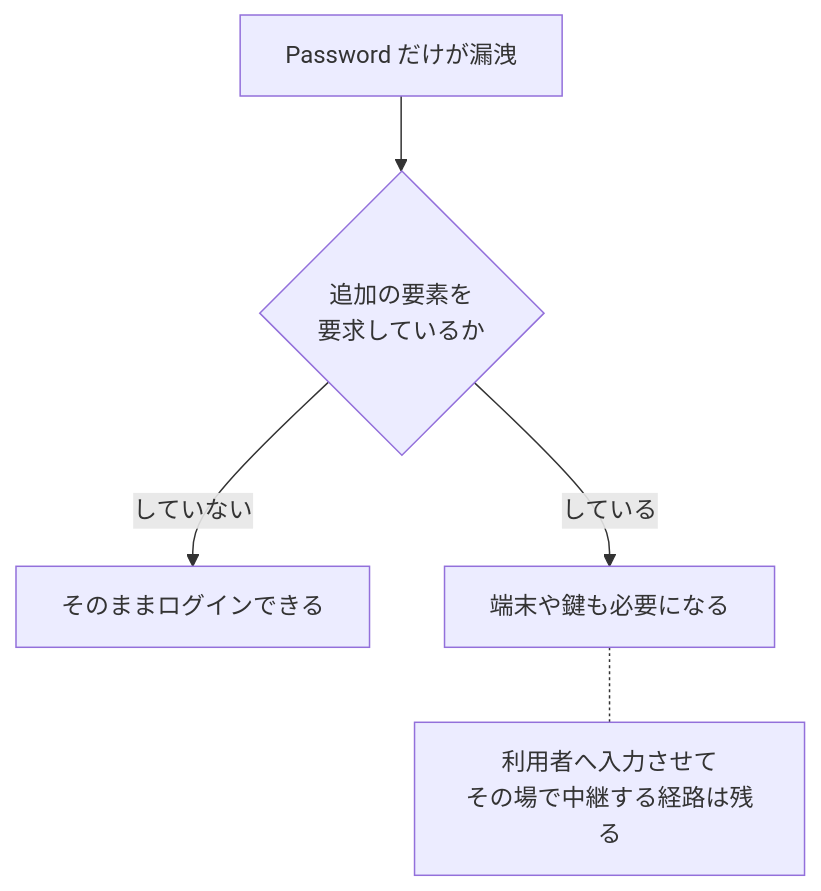
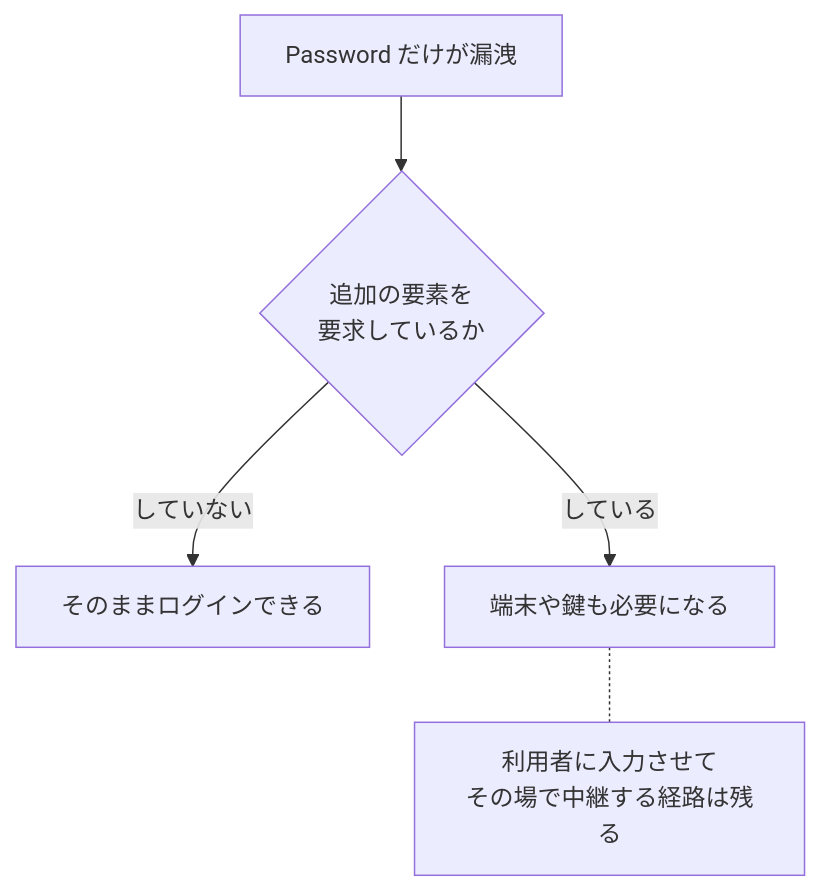
One commit to nao1215/debimate changed the third of 7 diagrams in content/notes/security/authentication/index.md. Above: the diagram before and after it, drawn with Mermaid. The commit also changed other lines of this file and 46 other files, not shown here.

````diff
--- a/content/notes/security/authentication/index.md
+++ b/content/notes/security/authentication/index.md
@@ -72,7 +72,7 @@
 ```mermaid
 flowchart TB
     L["Password だけが漏洩"] --> Q{"追加の要素を<br/>要求しているか"}
     Q -->|"していない"| N["そのままログインできる"]
     Q -->|"している"| M["端末や鍵も必要になる"]
-    M -.- R["利用者へ入力させて<br/>その場で中継する経路は残る"]
+    M -.- R["利用者に入力させて<br/>その場で中継する経路は残る"]
 ```
````
